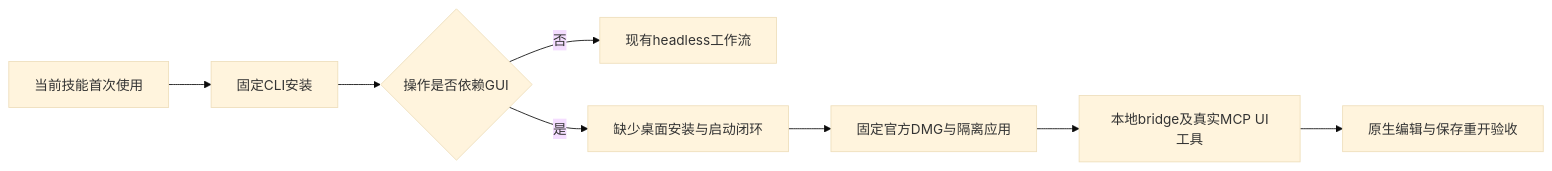
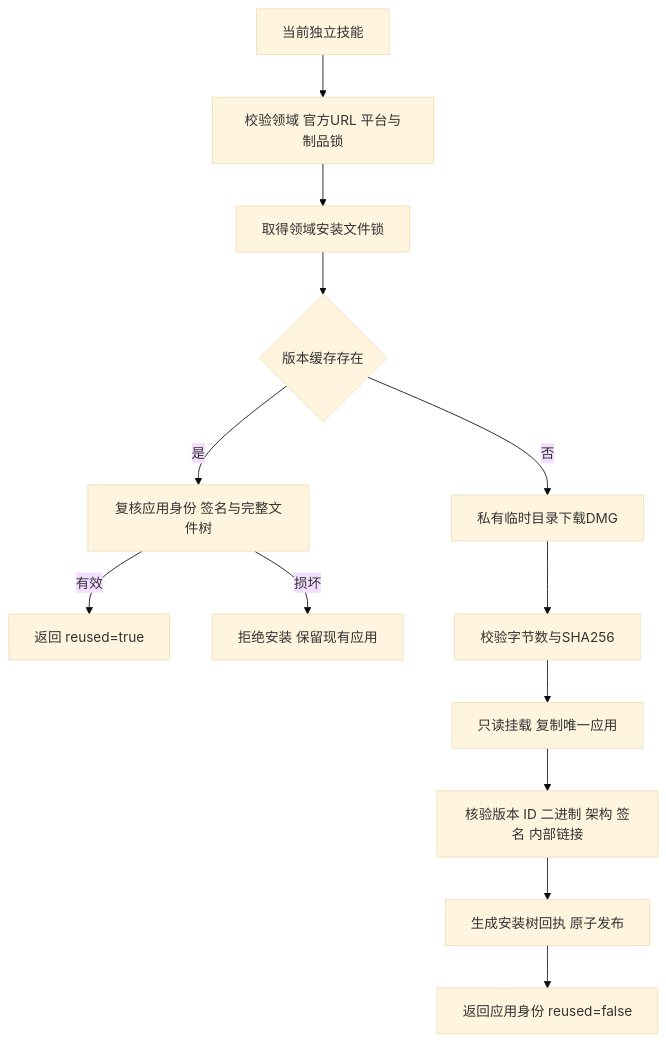
One commit to full-aigc-plugins/artcraft-plugin changed the diagram in docs/Craft-Desktop-First-Use-Architecture.zh_CN.md. Above: the diagram before and after it, drawn with Mermaid (base theme). The commit also changed other lines of this file and 3 other files, not shown here.

````diff
--- a/docs/Craft-Desktop-First-Use-Architecture.zh_CN.md
+++ b/docs/Craft-Desktop-First-Use-Architecture.zh_CN.md
@@ -5,10 +19,15 @@
 ```mermaid
-flowchart LR
-    A[当前技能首次使用] --> B[固定CLI安装]
-    B --> C{操作是否依赖GUI}
-    C -->|否| D[现有headless工作流]
-    C -->|是| E[缺少桌面安装与启动闭环]
-    E --> F[固定官方DMG与隔离应用]
-    F --> G[本地bridge及真实MCP UI工具]
-    G --> H[原生编辑与保存重开验收]
+flowchart TD
+    A[当前独立技能] --> B[校验领域 官方URL 平台与制品锁]
+    B --> C[取得领域安装文件锁]
+    C --> D{版本缓存存在}
+    D -->|是| E[复核应用身份 签名与完整文件树]
+    E -->|有效| F[返回 reused=true]
+    E -->|损坏| G[拒绝安装 保留现有应用]
+    D -->|否| H[私有临时目录下载DMG]
+    H --> I[校验字节数与SHA256]
+    I --> J[只读挂载 复制唯一应用]
+    J --> K[核验版本 ID 二进制 架构 签名 内部链接]
+    K --> L[生成安装树回执 原子发布]
+    L --> M[返回应用身份 reused=false]
 ```
````
